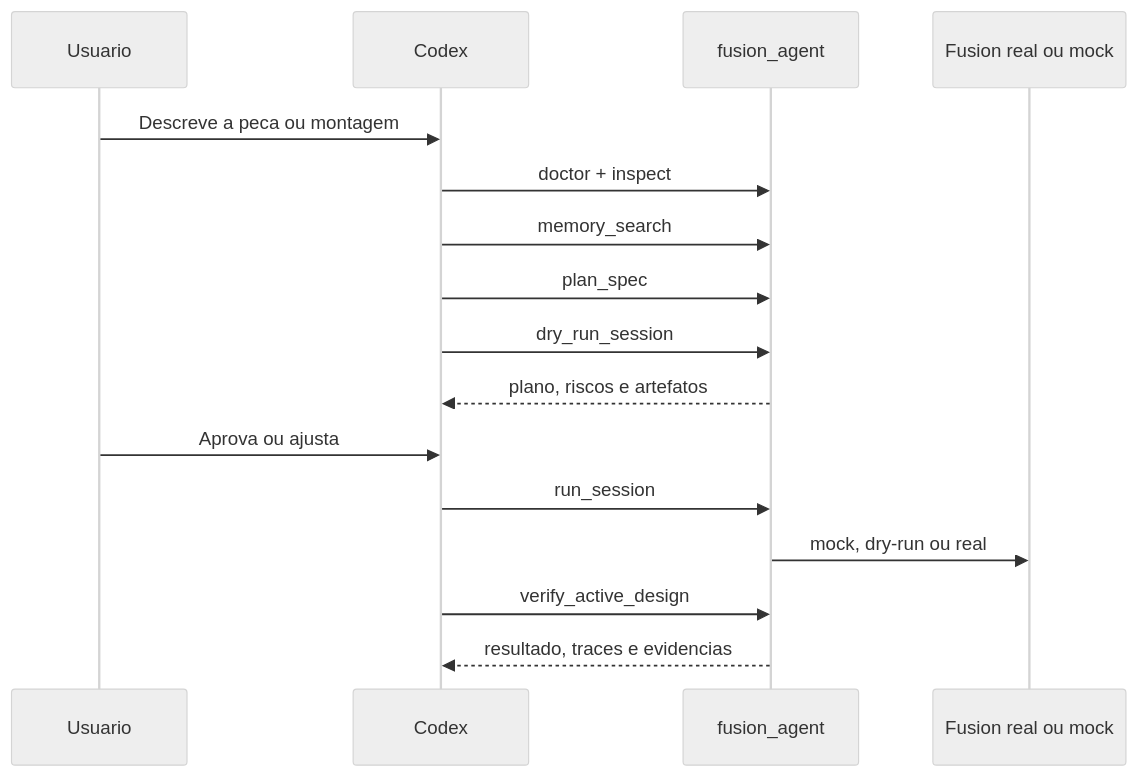
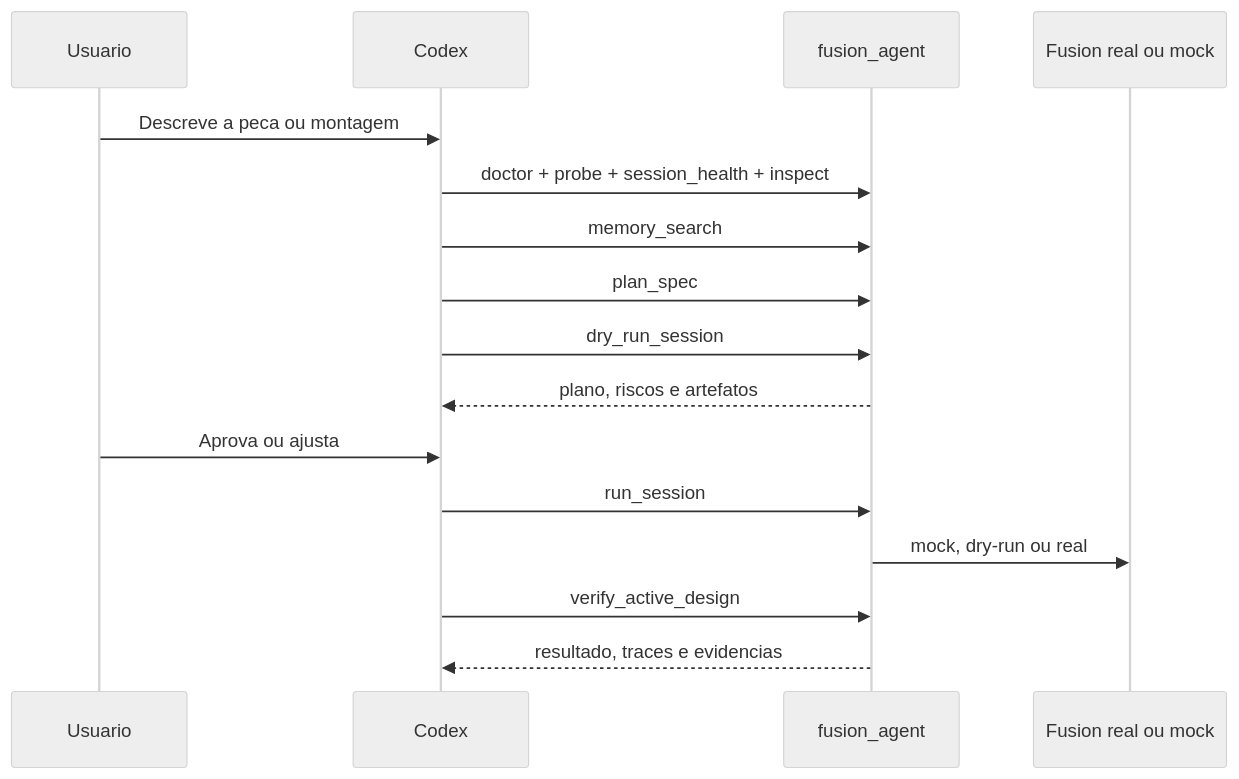
One commit to matheusfalcaopinto/Fusion360-Plugin changed the third of 4 diagrams in README.md. Above: the diagram before and after it, drawn with Mermaid (neutral theme). The commit also changed other lines of this file and 11 other files, not shown here.

````diff
--- a/README.md
+++ b/README.md
@@ -289,19 +296,19 @@
 ```mermaid
 sequenceDiagram
   participant U as Usuario
   participant C as Codex
   participant H as fusion_agent
   participant F as Fusion real ou mock
 
   U->>C: Descreve a peca ou montagem
-  C->>H: doctor + inspect
+  C->>H: doctor + probe + session_health + inspect
   C->>H: memory_search
   C->>H: plan_spec
   C->>H: dry_run_session
   H-->>C: plano, riscos e artefatos
   U->>C: Aprova ou ajusta
   C->>H: run_session
   H->>F: mock, dry-run ou real
   C->>H: verify_active_design
   H-->>C: resultado, traces e evidencias
 ```
````
